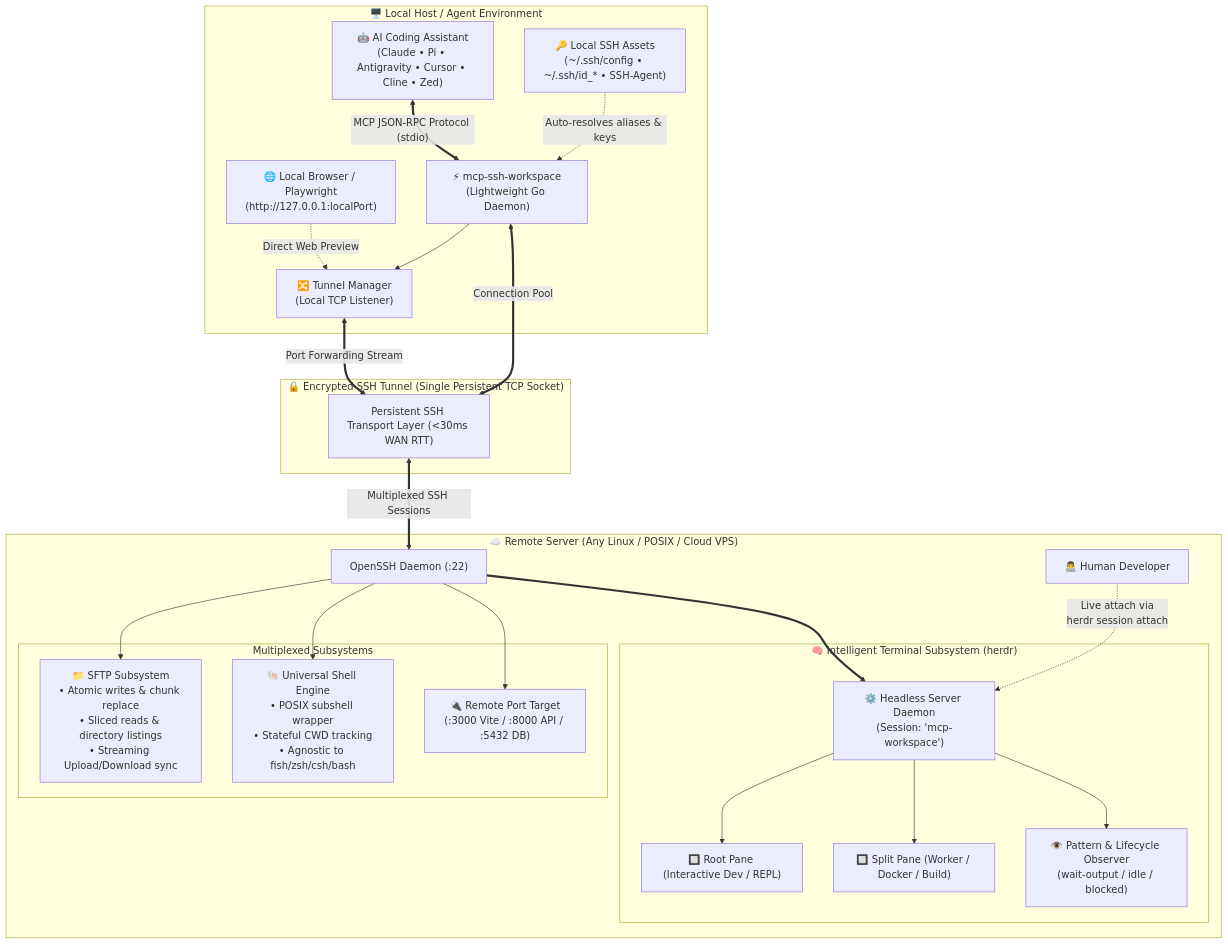
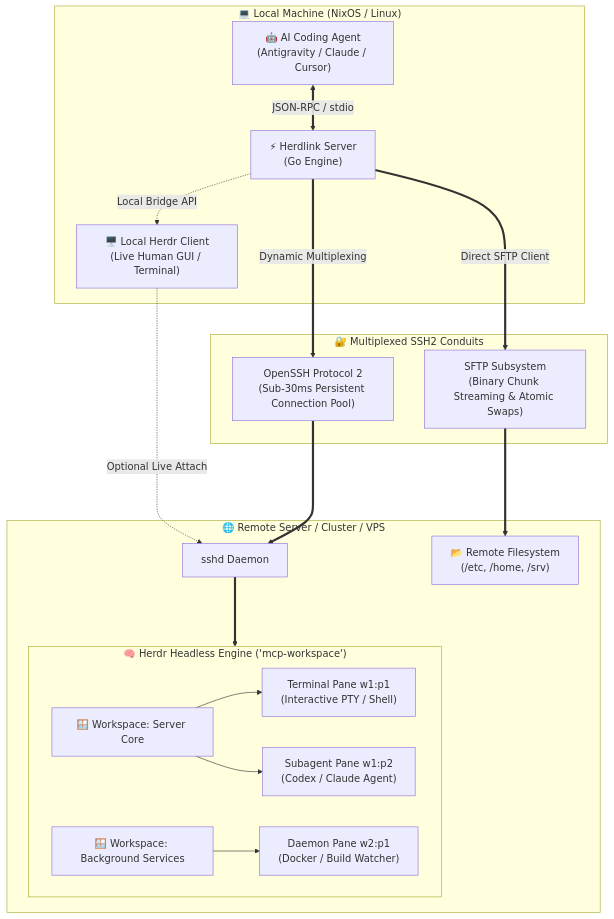
Before and after one commit to surtr85/herdlink: the diagram in README.md, drawn with Mermaid. The commit also changed other lines of this file and 12 other files, not shown here.

Commit message:
feat(herdlink): rebrand to Herdlink v2, add subagent delegation, local Herdr bridge, and token-saving engine

````diff
--- a/README.md
+++ b/README.md
@@ -119,50 +76,44 @@
 ```mermaid
 flowchart TD
-    subgraph ClientLayer["🖥️ Local Host / Agent Environment"]
-        Agent["🤖 AI Coding Assistant<br/>(Claude • Pi • Antigravity • Cursor • Cline • Zed)"]
-        Browser["🌐 Local Browser / Playwright<br/>(http://127.0.0.1:localPort)"]
-        Config["🔑 Local SSH Assets<br/>(~/.ssh/config • ~/.ssh/id_* • SSH-Agent)"]
-        Server["⚡ mcp-ssh-workspace<br/>(Lightweight Go Daemon)"]
-        TunnelMgr["🔀 Tunnel Manager<br/>(Local TCP Listener)"]
-
-        Agent <== "MCP JSON-RPC Protocol (stdio)" ==> Server
-        Config -. "Auto-resolves aliases & keys" .-> Server
-        Browser -. "Direct Web Preview" .-> TunnelMgr
-        Server --> TunnelMgr
+    subgraph LocalSystem["💻 Local Machine (NixOS / Linux)"]
+        Agent["🤖 AI Coding Agent<br/>(Antigravity / Claude / Cursor)"]
+        MCP["⚡ Herdlink Server<br/>(Go Engine)"]
+        LocalHerdr["🖥️ Local Herdr Client<br/>(Live Human GUI / Terminal)"]
+        
+        Agent <==>|"JSON-RPC / stdio"| MCP
+        MCP -.->|"Local Bridge API"| LocalHerdr
     end
 
-    subgraph Multiplex["🔒 Encrypted SSH Tunnel (Single Persistent TCP Socket)"]
-        Tunnel["Persistent SSH Transport Layer (<30ms WAN RTT)"]
+    subgraph SecureTunnel["🔐 Multiplexed SSH2 Conduits"]
+        SSH["OpenSSH Protocol 2<br/>(Sub-30ms Persistent Connection Pool)"]
+        SFTP["SFTP Subsystem<br/>(Binary Chunk Streaming & Atomic Swaps)"]
     end
 
-    subgraph RemoteLayer["☁️ Remote Server (Any Linux / POSIX / Cloud VPS)"]
-        SSHD["OpenSSH Daemon (:22)"]
+    subgraph RemoteHost["🌐 Remote Server / Cluster / VPS"]
+        SSHD["sshd Daemon"]
         
-        subgraph Channels["Multiplexed Subsystems"]
-            SFTP["📁 SFTP Subsystem<br/>• Atomic writes & chunk replace<br/>• Sliced reads & directory listings<br/>• Streaming Upload/Download sync"]
-            Shell["🐚 Universal Shell Engine<br/>• POSIX subshell wrapper<br/>• Stateful CWD tracking<br/>• Agnostic to fish/zsh/csh/bash"]
-            PortForward["🔌 Remote Port Target<br/>(:3000 Vite / :8000 API / :5432 DB)"]
+        subgraph HerdrDaemon["🧠 Herdr Headless Engine ('mcp-workspace')"]
+            Workspace1["🪟 Workspace: Server Core"]
+            Workspace2["🪟 Workspace: Background Services"]
+            
+            Pane1["Terminal Pane w1:p1<br/>(Interactive PTY / Shell)"]
+            Pane2["Subagent Pane w1:p2<br/>(Codex / Claude Agent)"]
+            Pane3["Daemon Pane w2:p1<br/>(Docker / Build Watcher)"]
         end
-
-        subgraph HerdrEngine["🧠 Intelligent Terminal Subsystem (herdr)"]
-            HerdrDaemon["⚙️ Headless Server Daemon<br/>(Session: 'mcp-workspace')"]
-            Pane1["🔲 Root Pane (Interactive Dev / REPL)"]
-            Pane2["🔲 Split Pane (Worker / Docker / Build)"]
-            Watcher["👁️ Pattern & Lifecycle Observer<br/>(wait-output / idle / blocked)"]
-
-            HerdrDaemon --> Pane1
-            HerdrDaemon --> Pane2
-            HerdrDaemon --> Watcher
-        end
-
-        Human["👨‍💻 Human Developer"] -. "Live attach via<br/>herdr session attach" .-> HerdrDaemon
+        
+        Filesystem["📂 Remote Filesystem<br/>(/etc, /home, /srv)"]
     end
 
-    Server <== "Connection Pool" ==> Tunnel
-    TunnelMgr <== "Port Forwarding Stream" ==> Tunnel
-    Tunnel <== "Multiplexed SSH Sessions" ==> SSHD
-    SSHD --> SFTP
-    SSHD --> Shell
-    SSHD --> PortForward
-    SSHD ==> HerdrDaemon
+    MCP ===>|"Dynamic Multiplexing"| SSH
+    MCP ===>|"Direct SFTP Client"| SFTP
+    
+    SSH ===> SSHD
+    SSHD ===> HerdrDaemon
+    SFTP ===> Filesystem
+    
+    Workspace1 --> Pane1
+    Workspace1 --> Pane2
+    Workspace2 --> Pane3
+    
+    LocalHerdr -.->|"Optional Live Attach"| SSHD
 ```
````
